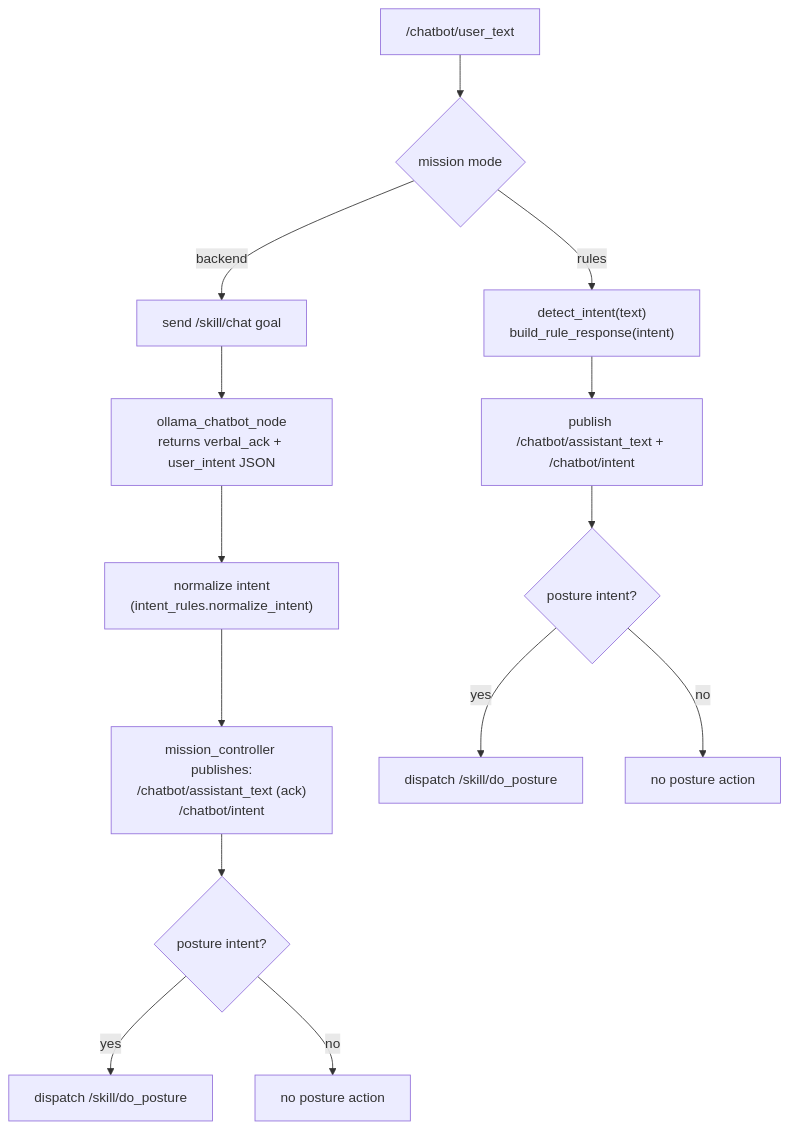
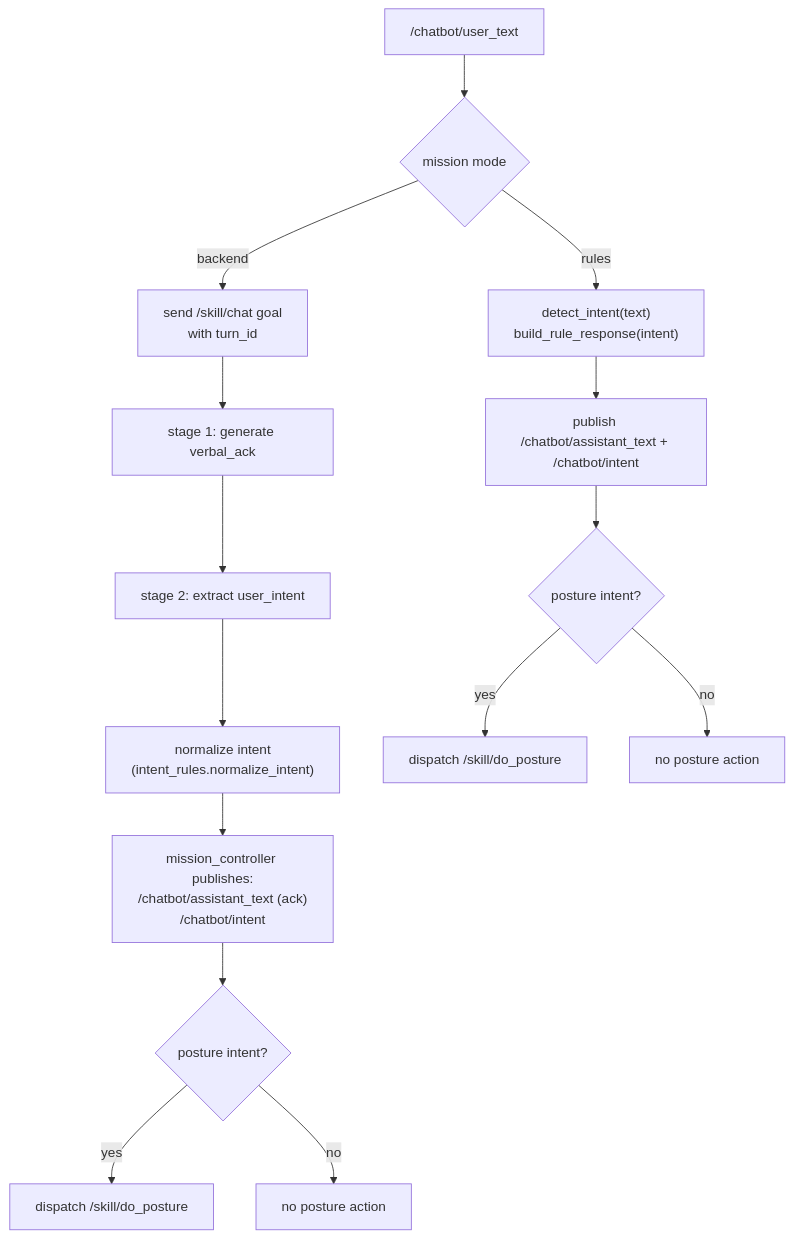
The second of 2 diagrams in docs/whiteboard_migration_diagram.md (ieverythng/nao-ros4hri-bridge), drawn with Mermaid before and after one commit. The commit also changed other lines of this file and 6 other files, not shown here.

````diff
--- a/docs/whiteboard_migration_diagram.md
+++ b/docs/whiteboard_migration_diagram.md
@@ -99,18 +105,19 @@
 ```mermaid
 flowchart TD
     A["/chatbot/user_text"] --> B{"mission mode"}
     B -->|rules| R1["detect_intent(text)\nbuild_rule_response(intent)"]
-    B -->|backend| C1["send /skill/chat goal"]
+    B -->|backend| C1["send /skill/chat goal\nwith turn_id"]
 
-    C1 --> C2["ollama_chatbot_node\nreturns verbal_ack + user_intent JSON"]
-    C2 --> C3["normalize intent\n(intent_rules.normalize_intent)"]
-    C3 --> C4["mission_controller publishes:\n/chatbot/assistant_text (ack)\n/chatbot/intent"]
-    C4 --> C5{"posture intent?"}
-    C5 -->|yes| C6["dispatch /skill/do_posture"]
-    C5 -->|no| C7["no posture action"]
+    C1 --> C2["stage 1: generate verbal_ack"]
+    C2 --> C3["stage 2: extract user_intent"]
+    C3 --> C4["normalize intent\n(intent_rules.normalize_intent)"]
+    C4 --> C5["mission_controller publishes:\n/chatbot/assistant_text (ack)\n/chatbot/intent"]
+    C5 --> C6{"posture intent?"}
+    C6 -->|yes| C7["dispatch /skill/do_posture"]
+    C6 -->|no| C8["no posture action"]
 
     R1 --> R2["publish /chatbot/assistant_text + /chatbot/intent"]
     R2 --> R3{"posture intent?"}
     R3 -->|yes| R4["dispatch /skill/do_posture"]
     R3 -->|no| R5["no posture action"]
 ```
````
